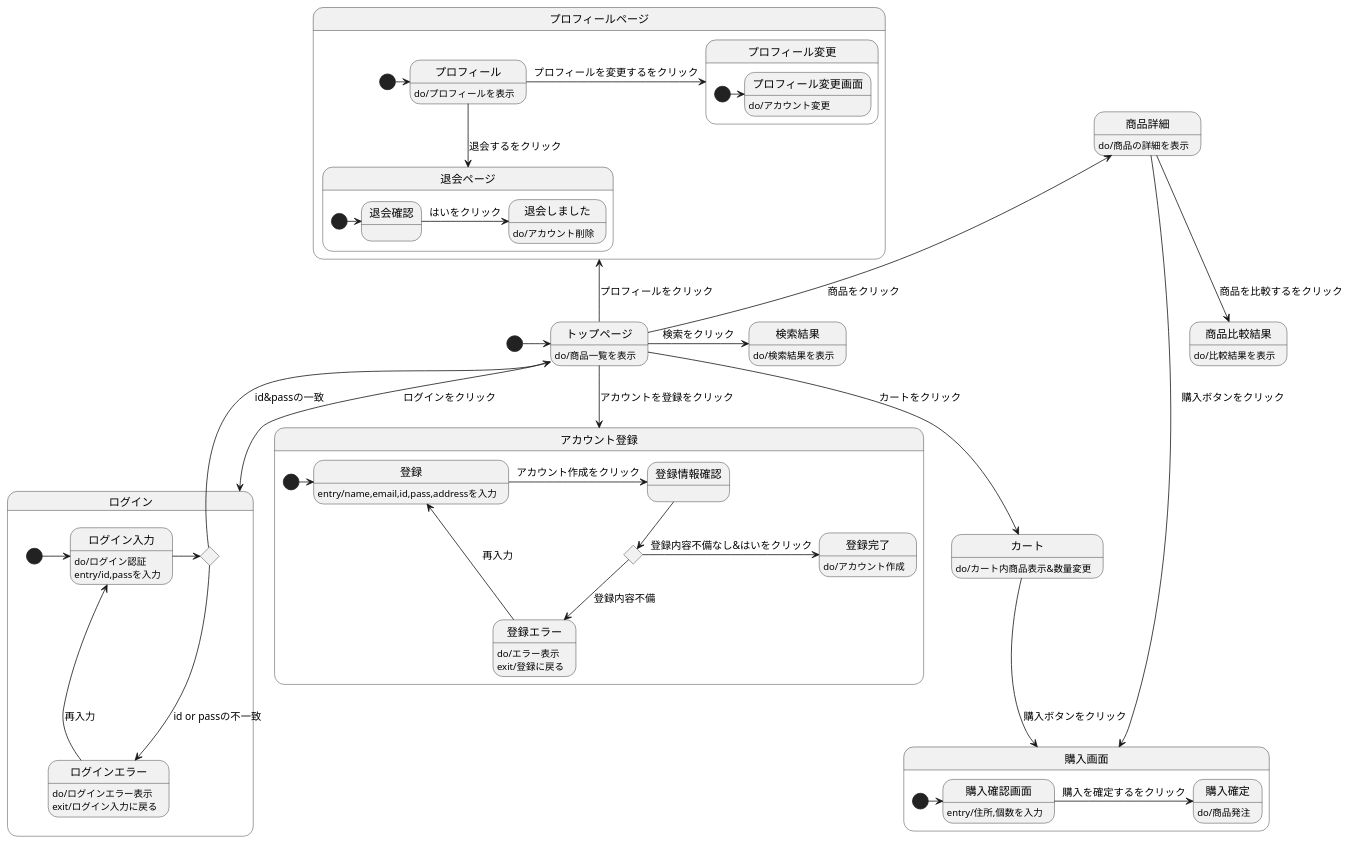
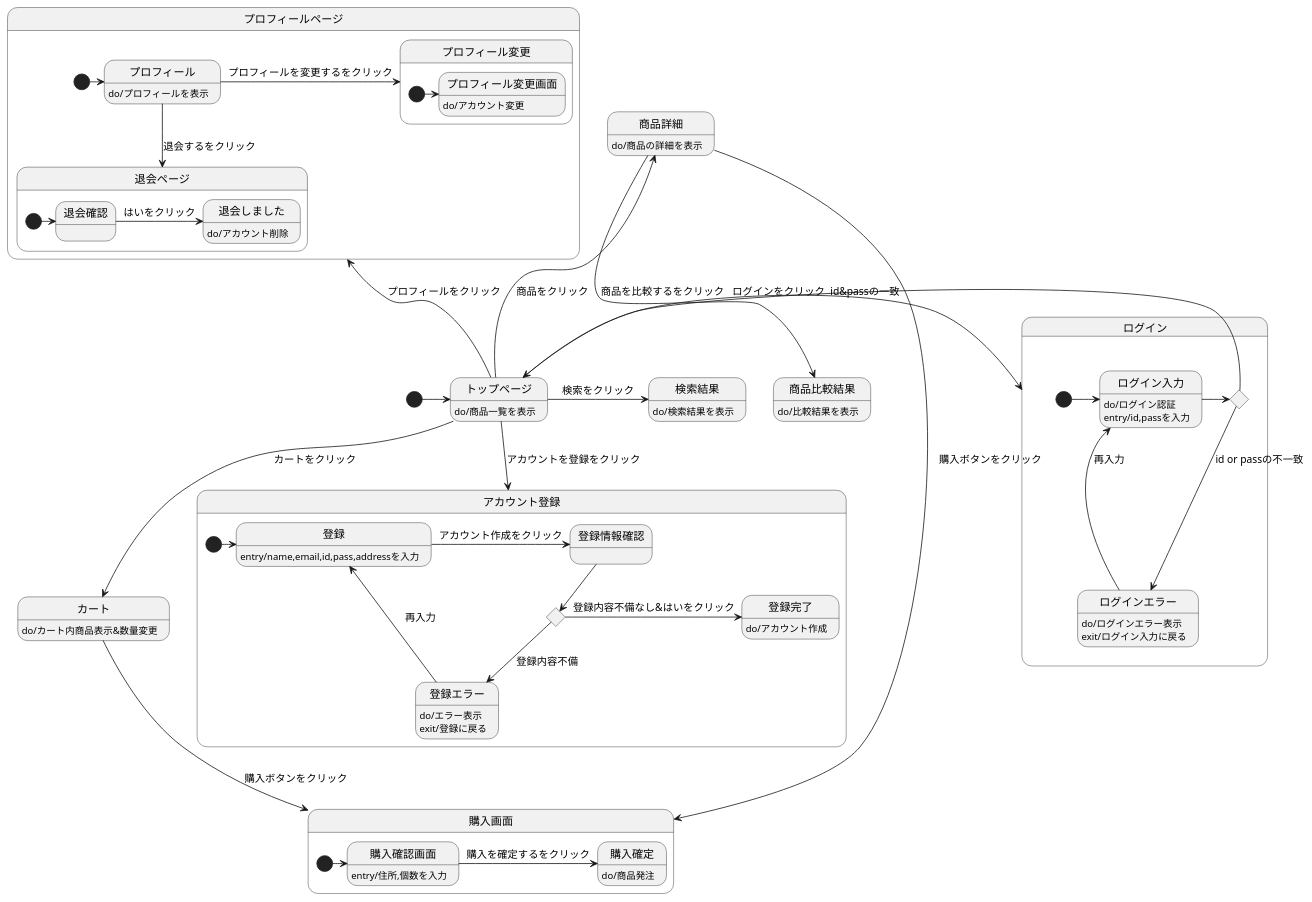
One commit to Aso2001159/2021sys-design changed the diagram in stm01.md. Above: the diagram before and after it, drawn with PlantUML.

````diff
--- a/stm01.md
+++ b/stm01.md
@@ -1,68 +1,68 @@
 ```uml
 
 @startuml
 [*]->トップページ
 トップページ : do/商品一覧を表示
 トップページ-up->商品詳細 : 商品をクリック
   商品詳細 : do/商品の詳細を表示
   商品詳細 --> 商品比較結果 : 商品を比較するをクリック
   商品比較結果 : do/比較結果を表示
   商品詳細-> 購入画面 :　購入ボタンをクリック
-トップページ-down->ログイン :ログインをクリック
+トップページ-left->ログイン :ログインをクリック
 state ログイン{
   state r確認 <<choice>>
   [*] -> ログイン入力 
   ログイン入力 : do/ログイン認証
   ログイン入力 : entry/id,passを入力
   ログイン入力 -> r確認
   r確認 -> トップページ : id&passの一致
    r確認 --> ログインエラー : id or passの不一致
     ログインエラー :do/ログインエラー表示
     ログインエラー : exit/ログイン入力に戻る
   ログインエラー -> ログイン入力 : 再入力
 
 }
 トップページ-->カート :カートをクリック
 カート --> 購入画面 : 購入ボタンをクリック
 カート : do/カート内商品表示&数量変更
 state 購入画面{
   [*]-> 購入確認画面
   購入確認画面 : entry/住所,個数を入力
   購入確認画面 -> 購入確定 : 購入を確定するをクリック
   購入確定 : do/商品発注
 }
 state アカウント登録{
 [*]-> 登録 
   トップページ--> アカウント登録 :アカウントを登録をクリック
   state t確認 <<choice>>
   登録 : entry/name,email,id,pass,addressを入力
   登録 ->登録情報確認: アカウント作成をクリック
   登録情報確認 --> t確認 
   t確認 --> 登録エラー : 登録内容不備
     登録エラー : do/エラー表示
     登録エラー : exit/登録に戻る
    登録エラー -> 登録 : 再入力
   t確認 -> 登録完了: 登録内容不備なし&はいをクリック
     登録完了: do/アカウント作成
   }
 トップページ->検索結果 :検索をクリック
   検索結果 : do/検索結果を表示
 トップページ-up->プロフィールページ :プロフィールをクリック
 state プロフィールページ{
 [*] -> プロフィール
 プロフィール : do/プロフィールを表示
   プロフィール -->退会ページ :退会するをクリック
   state 退会ページ{
     [*]-> 退会確認 
     退会確認-> 退会しました : はいをクリック
       退会しました : do/アカウント削除
     }
     プロフィール -> プロフィール変更 : プロフィールを変更するをクリック
     state プロフィール変更{
       [*]-> プロフィール変更画面
       プロフィール変更画面 : do/アカウント変更
     }
  }
 @enduml
 
 ```
````
